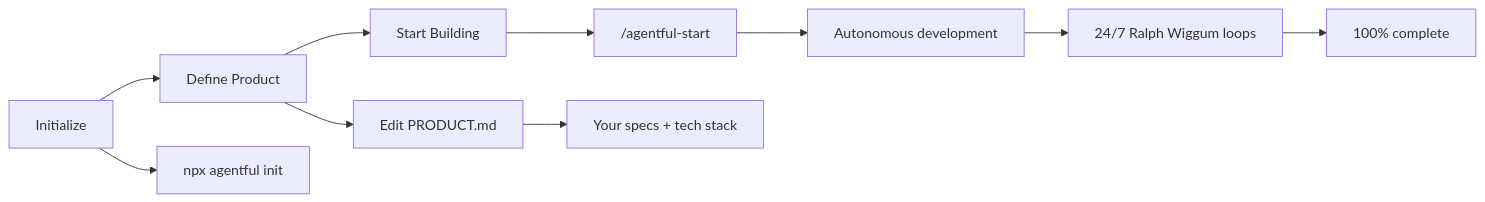
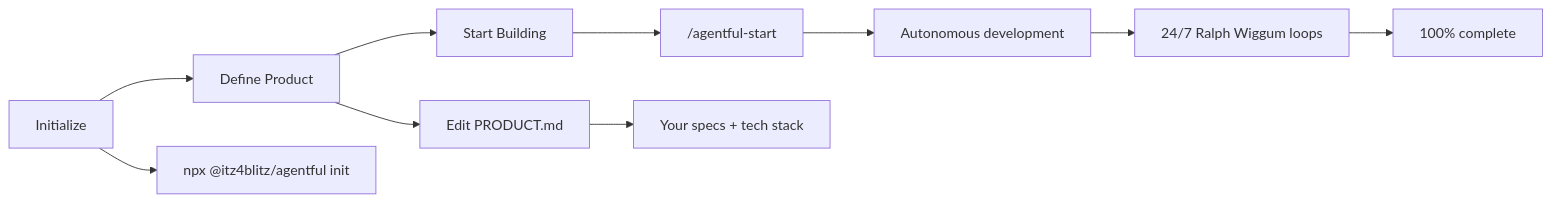
Before and after one commit to itz4blitz/agentful: the diagram in README.md, drawn with Mermaid. The commit also changed other lines of this file and 97 other files, not shown here.

````diff
--- a/README.md
+++ b/README.md
@@ -48,14 +105,14 @@
 ```mermaid
 graph LR
     A[Initialize] --> B[Define Product]
     B --> C[Start Building]
 
-    A --> A1["npx agentful init"]
+    A --> A1["npx @itz4blitz/agentful init"]
     B --> B1["Edit PRODUCT.md"]
     C --> C1["/agentful-start"]
 
     B1 --> B2["Your specs + tech stack"]
     C1 --> C2["Autonomous development"]
     C2 --> C3["24/7 Ralph Wiggum loops"]
     C3 --> C4["100% complete"]
 ```
````
